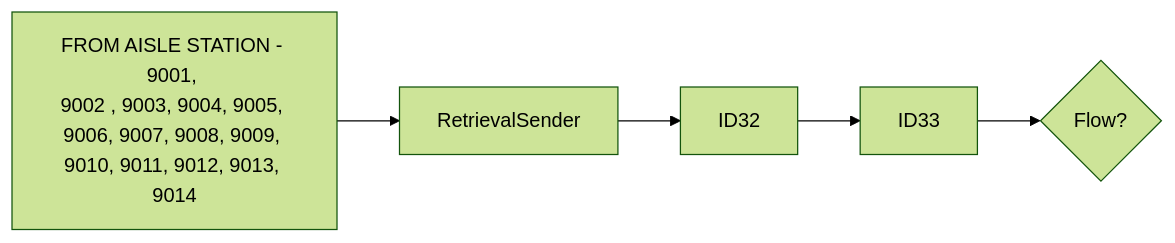
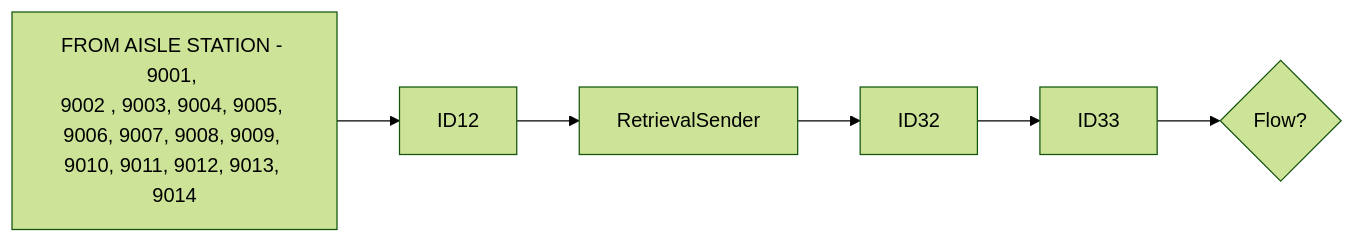
Before and after one commit to luthfiadityaa/SimeDarby-Wiki: the second of 21 diagrams in Basic-Design/DFD-WMS/Retrieval/Specific-Location-Retrieval-Setting.md, drawn with Mermaid (forest theme).

Commit message:
Updated Specific Location Retrieval Setting

```diff
--- a/Basic-Design/DFD-WMS/Retrieval/Specific-Location-Retrieval-Setting.md
+++ b/Basic-Design/DFD-WMS/Retrieval/Specific-Location-Retrieval-Setting.md
@@ -15,9 +15,9 @@
 ::: mermaid
 flowchart LR
 
 P1[FROM AISLE STATION - 9001, 
 9002 , 9003, 9004, 9005, 
 9006, 9007, 9008, 9009, 
 9010, 9011, 9012, 9013, 
-9014]-->P2[RetrievalSender]-->P3[ID32]-->P4[ID33]-->Cond1{Flow?} 
+9014]-->P21[ID12]-->P2[RetrievalSender]-->P3[ID32]-->P4[ID33]-->Cond1{Flow?} 
 :::
```
